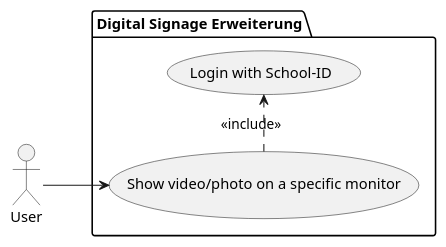
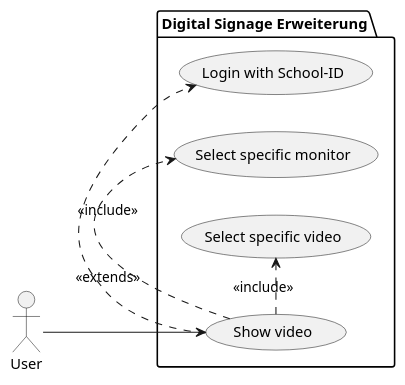
Before and after one commit to danielandricic/digital-signage-on-demand-videos-slides: the first of 2 diagrams in asciidocs/system-specification.adoc, drawn with PlantUML. The commit also changed other lines of this file and 7 other files, not shown here.

```diff
--- a/asciidocs/system-specification.adoc
+++ b/asciidocs/system-specification.adoc
@@ -85,17 +66,20 @@
 [plantuml, usecase-diagram, png]
 ----
 @startuml
 left to right direction
 
 actor User as u
 
 package "Digital Signage Erweiterung" {
     usecase "Login with School-ID" as sid
-    usecase "Show video/photo on a specific monitor" as stv
+    usecase "Show video" as stv
+    usecase "Select specific monitor" as slm
+    usecase "Select specific video" as slv
 }
 
 u --> stv
-stv .> sid : <<include>>
-
+stv .> sid : <<extends>>
+stv .> slm : <<include>>
+stv .> slv : <<include>>
 @enduml
 ----
```
